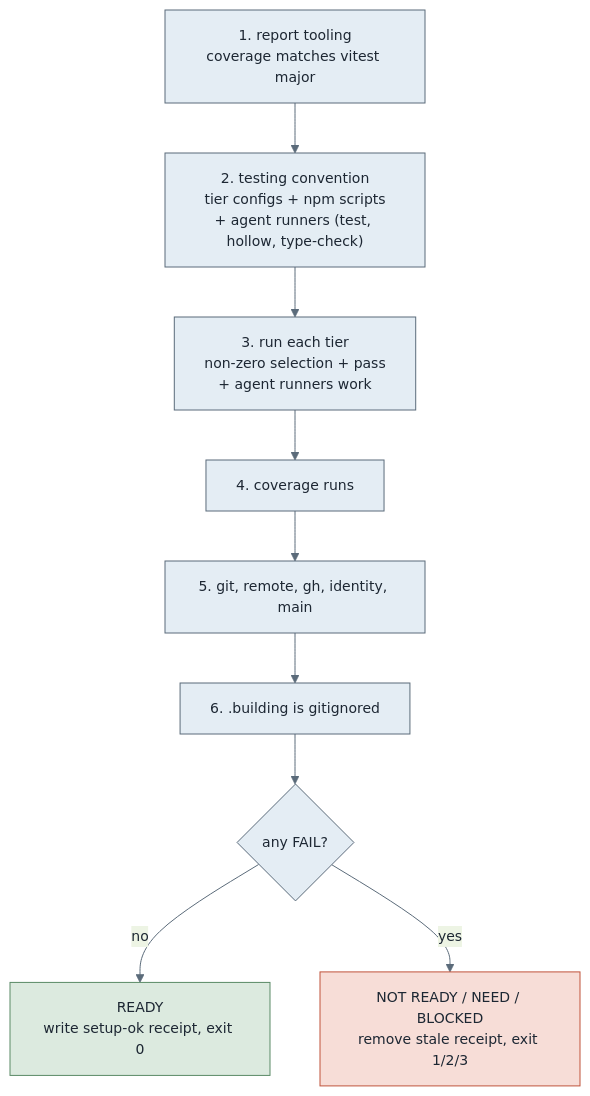
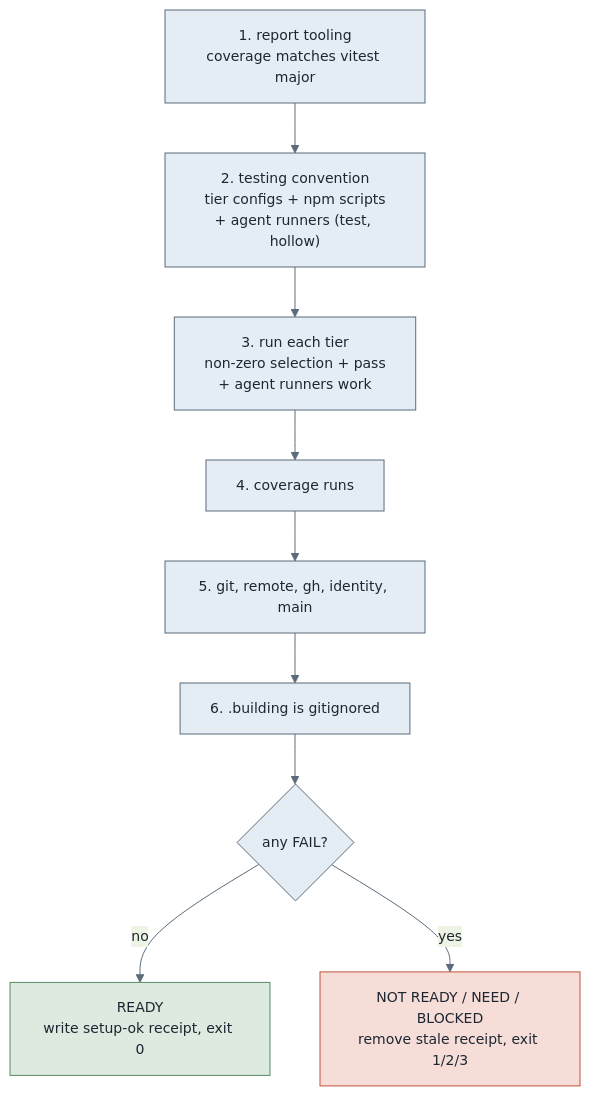
Before and after one commit to omerosaienni/agent-sdlc: the fourth of 4 diagrams in docs/scripts.md, drawn with Mermaid. The commit also changed other lines of this file and 24 other files, not shown here.

````diff
--- a/docs/scripts.md
+++ b/docs/scripts.md
@@ -172,24 +186,24 @@
 ```mermaid
 %%{init: {'theme':'base','themeVariables':{'primaryColor':'#e4edf4','primaryTextColor':'#1d2733','primaryBorderColor':'#5b6b7a','lineColor':'#5b6b7a','fontSize':'14px'}}}%%
 flowchart TD
     s1["1. report tooling<br/>coverage matches vitest major"]
-    s2["2. testing convention<br/>tier configs + npm scripts<br/>+ agent runners (test, hollow, type-check)"]
+    s2["2. testing convention<br/>tier configs + npm scripts<br/>+ agent runners (test, hollow)"]
     s3["3. run each tier<br/>non-zero selection + pass<br/>+ agent runners work"]
     s4["4. coverage runs"]
     s5["5. git, remote, gh, identity, main"]
     s6["6. .building is gitignored"]
     verdict{"any FAIL?"}
     ready["READY<br/>write setup-ok receipt, exit 0"]
     notready["NOT READY / NEED / BLOCKED<br/>remove stale receipt, exit 1/2/3"]
 
     s1 --> s2 --> s3 --> s4 --> s5 --> s6 --> verdict
     verdict -->|no| ready
     verdict -->|yes| notready
 
     classDef check fill:#e4edf4,stroke:#5b6b7a,color:#1d2733;
     classDef good fill:#dceadf,stroke:#5a8a66,color:#1d2733;
     classDef bad fill:#f7ddd7,stroke:#c0533b,color:#1d2733;
     class s1,s2,s3,s4,s5,s6 check;
     class ready good;
     class notready bad;
 ```
````
